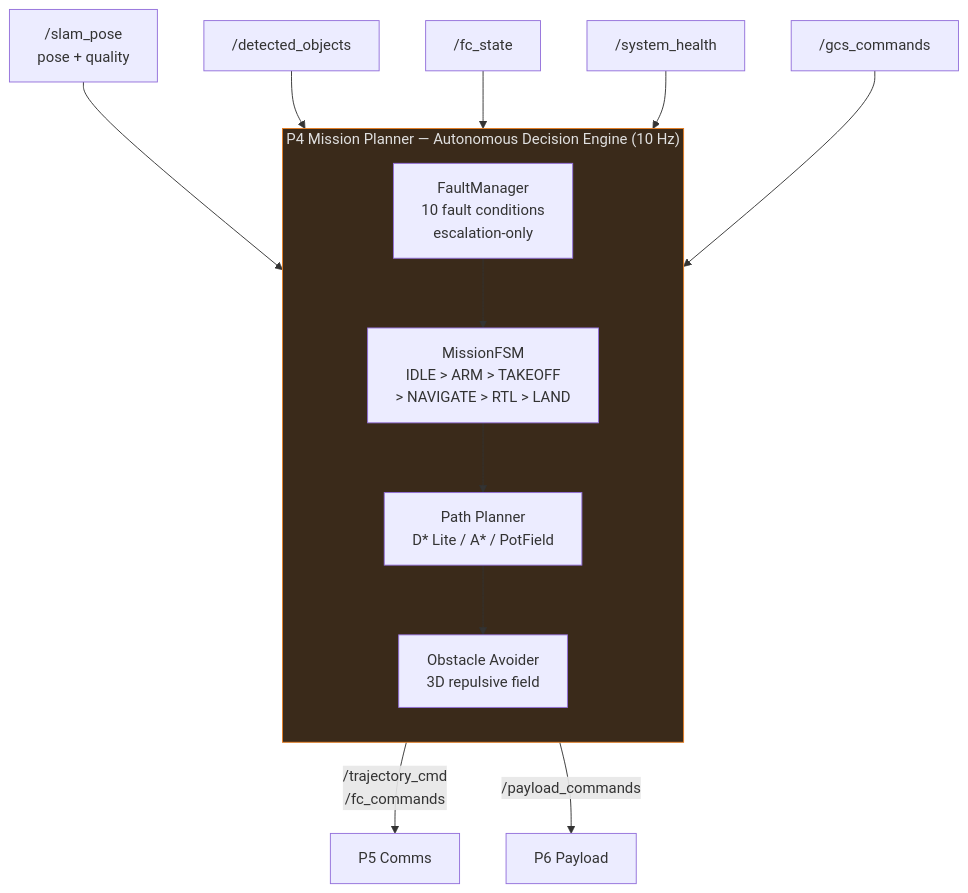
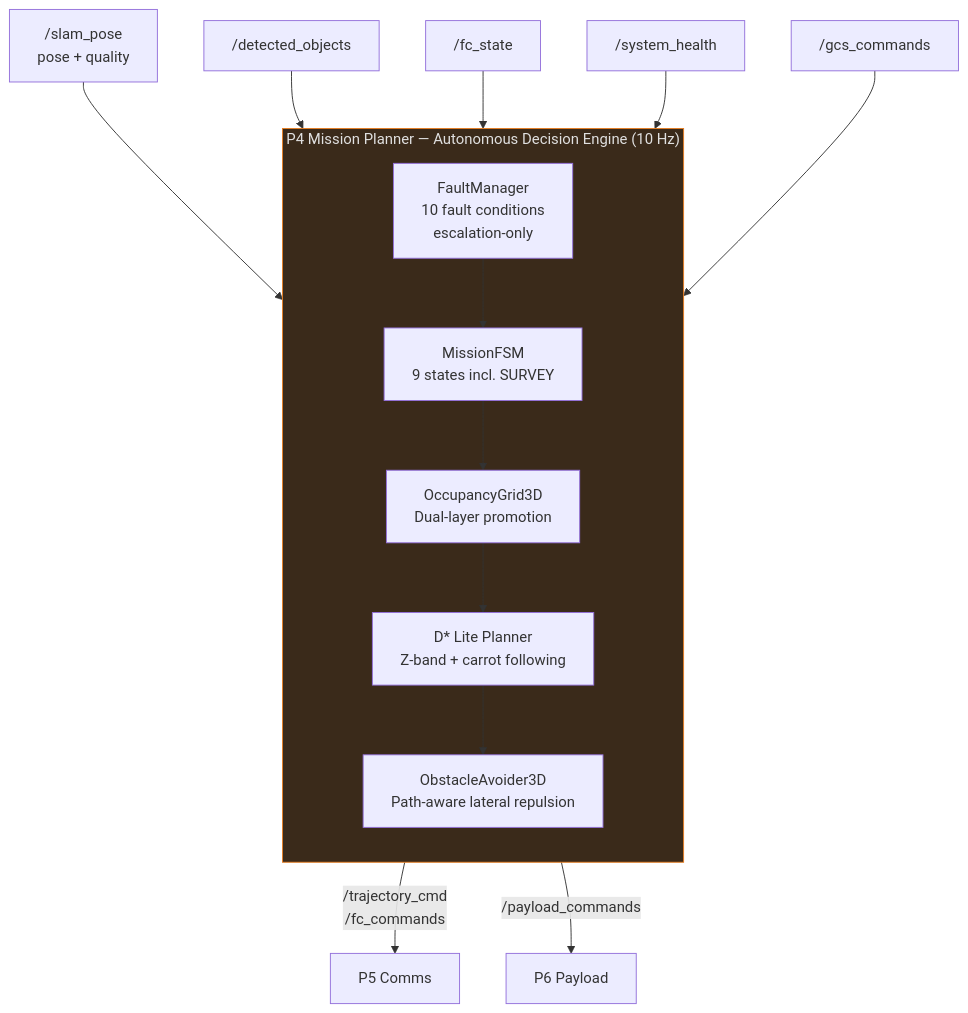
Before and after one commit to nmohamaya/companion_software_stack: the fifth of 9 diagrams in README.md, drawn with Mermaid. The commit also changed other lines of this file and 8 other files, not shown here.

````diff
--- a/README.md
+++ b/README.md
@@ -362,22 +389,23 @@
 ```mermaid
 graph TD
     subgraph P4["P4 Mission Planner — Autonomous Decision Engine (10 Hz)"]
         direction TB
         Fault["FaultManager\n10 fault conditions\nescalation-only"]
-        FSM["MissionFSM\nIDLE > ARM > TAKEOFF\n> NAVIGATE > RTL > LAND"]
-        Plan["Path Planner\nD* Lite / A* / PotField"]
-        Avoid["Obstacle Avoider\n3D repulsive field"]
+        FSM["MissionFSM\n9 states incl. SURVEY"]
+        Grid["OccupancyGrid3D\nDual-layer promotion"]
+        Plan["D* Lite Planner\nZ-band + carrot following"]
+        Avoid["ObstacleAvoider3D\nPath-aware lateral repulsion"]
 
-        Fault --> FSM --> Plan --> Avoid
+        Fault --> FSM --> Grid --> Plan --> Avoid
     end
 
     Pose["/slam_pose\npose + quality"] --> Fault
-    Objects["/detected_objects"] --> Avoid
+    Objects["/detected_objects"] --> Grid
     FCState["/fc_state"] --> FSM
     Health["/system_health"] --> Fault
     GCS["/gcs_commands"] --> FSM
     Avoid -->|"/trajectory_cmd\n/fc_commands"| P5["P5 Comms"]
     FSM -->|"/payload_commands"| P6["P6 Payload"]
 
     style P4 fill:#3a2a1a,stroke:#e67e22,color:#e0e0e0
 ```
````
